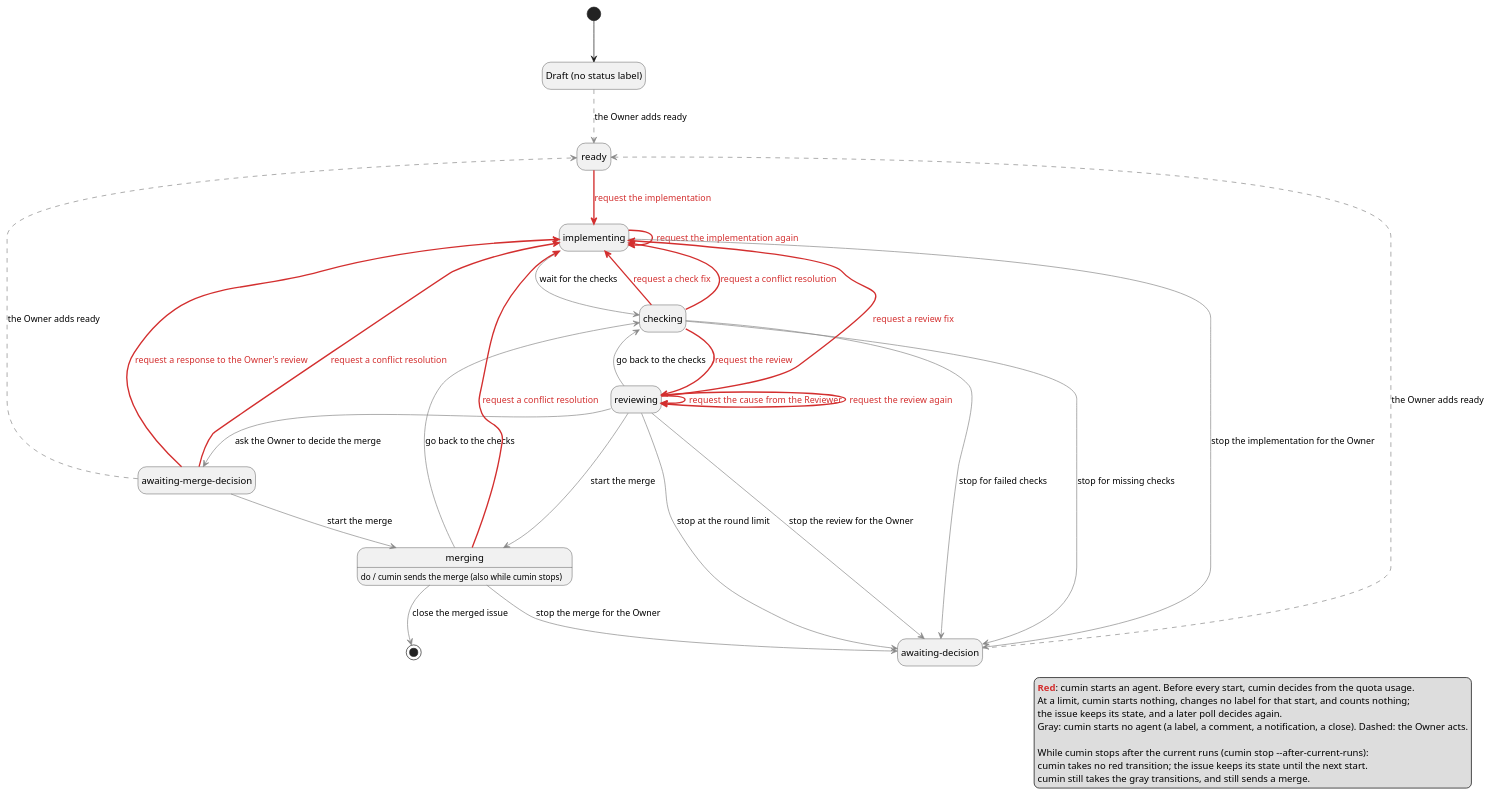
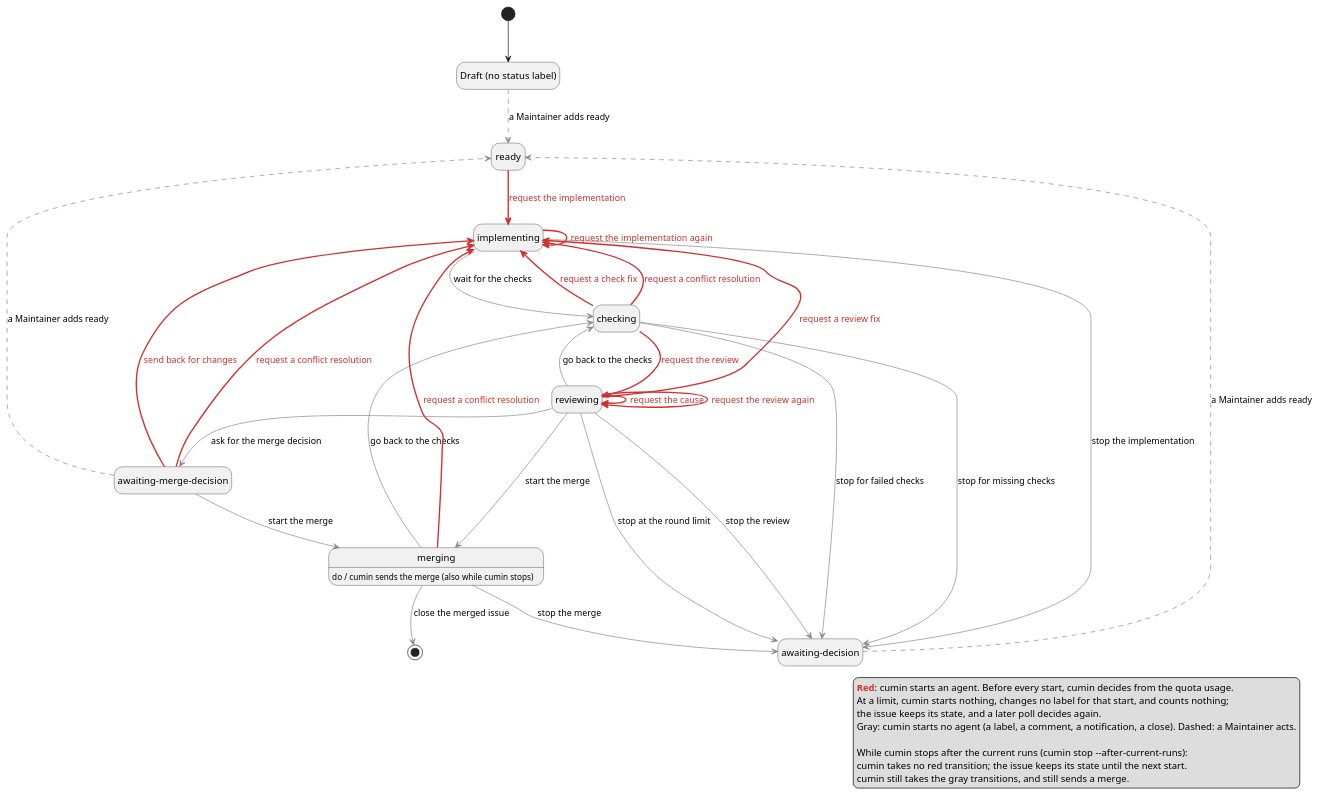
The diagram in docs/ja/requirements/workflow/implementation-issue-agent-starts.puml (cloveclovedev/cumin-works), drawn with PlantUML before and after one commit. The commit also changed 10 other files, not shown here.

```diff
--- a/docs/ja/requirements/workflow/implementation-issue-agent-starts.puml
+++ b/docs/ja/requirements/workflow/implementation-issue-agent-starts.puml
@@ -1,59 +1,59 @@
 @startuml implementation-issue-agent-starts
 ' cumin works - states of an implementation issue: which transitions start an agent,
 ' they all read the quota usage first, and none is taken while cumin stops after the current runs.
 ' The states and the transitions are the ones of implementation-issue-states.puml; only the names are shown.
 ' Render: run scripts/render-diagrams.sh at the root of the repository.
 
 hide empty description
 
 state "Draft (no status label)" as Draft
 state "ready" as Ready
 state "implementing" as Implementing
 state "checking" as Checks
 state "reviewing" as Reviewing
-state "awaiting-merge-decision" as OwnerReview
+state "awaiting-merge-decision" as MergeDecision
 state "merging" as Merging
 Merging : do / cumin sends the merge (also while cumin stops)
 state "awaiting-decision" as Decision
 
 [*] --> Draft
-Draft -[#888888,dashed]-> Ready : the Owner adds ready
+Draft -[#888888,dashed]-> Ready : a Maintainer adds ready
 Ready -[#D32F2F,bold]-> Implementing : <color:#D32F2F>request the implementation</color>
 Implementing -[#888888]-> Checks : wait for the checks
 Implementing -[#D32F2F,bold]-> Implementing : <color:#D32F2F>request the implementation again</color>
-Implementing -[#888888]-> Decision : stop the implementation for the Owner
+Implementing -[#888888]-> Decision : stop the implementation
 Checks -[#D32F2F,bold]-> Reviewing : <color:#D32F2F>request the review</color>
 Checks -[#D32F2F,bold]-> Implementing : <color:#D32F2F>request a check fix</color>
 Checks -[#888888]-> Decision : stop for failed checks
 Checks -[#D32F2F,bold]-> Implementing : <color:#D32F2F>request a conflict resolution</color>
 Checks -[#888888]-> Decision : stop for missing checks
 Reviewing -[#D32F2F,bold]-> Implementing : <color:#D32F2F>request a review fix</color>
 Reviewing -[#888888]-> Merging : start the merge
-Reviewing -[#888888]-> OwnerReview : ask the Owner to decide the merge
-Reviewing -[#D32F2F,bold]-> Reviewing : <color:#D32F2F>request the cause from the Reviewer</color>
+Reviewing -[#888888]-> MergeDecision : ask for the merge decision
+Reviewing -[#D32F2F,bold]-> Reviewing : <color:#D32F2F>request the cause</color>
 Reviewing -[#888888]-> Decision : stop at the round limit
-Reviewing -[#888888]-> Decision : stop the review for the Owner
+Reviewing -[#888888]-> Decision : stop the review
 Reviewing -[#888888]-> Checks : go back to the checks
 Reviewing -[#D32F2F,bold]-> Reviewing : <color:#D32F2F>request the review again</color>
-OwnerReview -[#888888]-> Merging : start the merge
-OwnerReview -[#D32F2F,bold]-> Implementing : <color:#D32F2F>request a response to the Owner's review</color>
-OwnerReview -[#D32F2F,bold]-> Implementing : <color:#D32F2F>request a conflict resolution</color>
-OwnerReview -[#888888,dashed]-> Ready : the Owner adds ready
+MergeDecision -[#888888]-> Merging : start the merge
+MergeDecision -[#D32F2F,bold]-> Implementing : <color:#D32F2F>send back for changes</color>
+MergeDecision -[#D32F2F,bold]-> Implementing : <color:#D32F2F>request a conflict resolution</color>
+MergeDecision -[#888888,dashed]-> Ready : a Maintainer adds ready
 Merging -[#888888]-> [*] : close the merged issue
 Merging -[#888888]-> Checks : go back to the checks
 Merging -[#D32F2F,bold]-> Implementing : <color:#D32F2F>request a conflict resolution</color>
-Merging -[#888888]-> Decision : stop the merge for the Owner
-Decision -[#888888,dashed]-> Ready : the Owner adds ready
+Merging -[#888888]-> Decision : stop the merge
+Decision -[#888888,dashed]-> Ready : a Maintainer adds ready
 
 legend right
   <color:#D32F2F>**Red**</color>: cumin starts an agent. Before every start, cumin decides from the quota usage.
   At a limit, cumin starts nothing, changes no label for that start, and counts nothing;
   the issue keeps its state, and a later poll decides again.
-  Gray: cumin starts no agent (a label, a comment, a notification, a close). Dashed: the Owner acts.
+  Gray: cumin starts no agent (a label, a comment, a notification, a close). Dashed: a Maintainer acts.
 
   While cumin stops after the current runs (cumin stop --after-current-runs):
   cumin takes no red transition; the issue keeps its state until the next start.
   cumin still takes the gray transitions, and still sends a merge.
 endlegend
 
 @enduml
```
